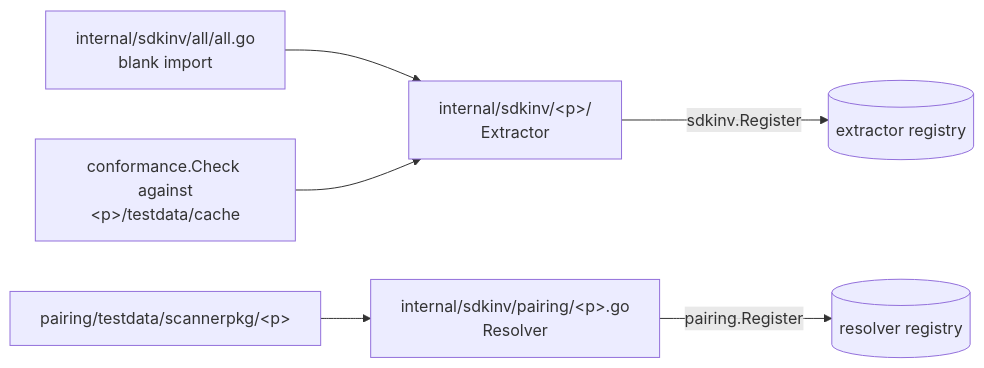
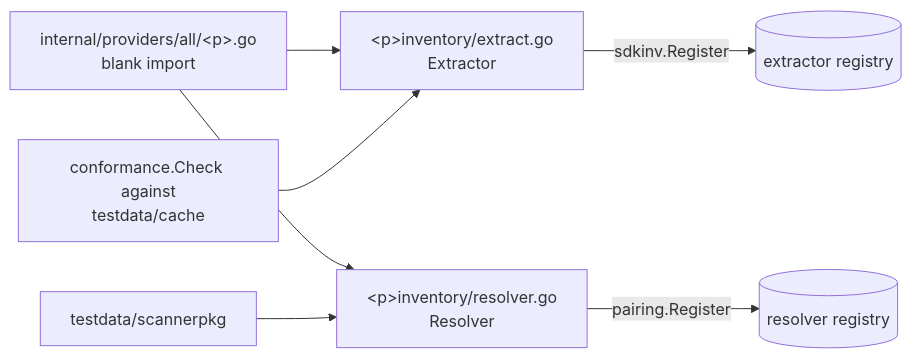
One commit to icearp/disco-cli changed the fourth of 5 diagrams in internal/sdkinv/README.md. Above: the diagram before and after it, drawn with Mermaid. The commit also changed other lines of this file and 158 other files, not shown here.

First line of the commit message:
Make internal/sdkinv SDK-derived and provider-neutral (#21)

````diff
--- a/internal/sdkinv/README.md
+++ b/internal/sdkinv/README.md
@@ -218,8 +224,9 @@
 ```mermaid
 flowchart LR
-    E["internal/sdkinv/&lt;p&gt;/<br/>Extractor"] -->|sdkinv.Register| REG1[(extractor registry)]
-    R["internal/sdkinv/pairing/&lt;p&gt;.go<br/>Resolver"] -->|pairing.Register| REG2[(resolver registry)]
-    ALL["internal/sdkinv/all/all.go<br/>blank import"] --> E
-    CONF["conformance.Check against<br/>&lt;p&gt;/testdata/cache"] --> E
-    FIX["pairing/testdata/scannerpkg/&lt;p&gt;"] --> R
+    E["&lt;p&gt;inventory/extract.go<br/>Extractor"] -->|sdkinv.Register| REG1[(extractor registry)]
+    R["&lt;p&gt;inventory/resolver.go<br/>Resolver"] -->|pairing.Register| REG2[(resolver registry)]
+    ALL["internal/providers/all/&lt;p&gt;.go<br/>blank import"] --> E
+    ALL --> R
+    CONF["conformance.Check against<br/>testdata/cache"] --> E
+    FIX["testdata/scannerpkg"] --> R
 ```
````
